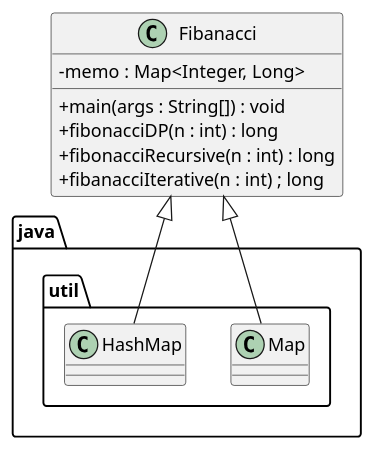
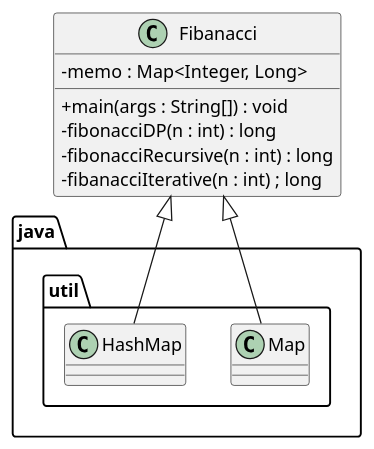
Before and after one commit to PikaLuba/HW5: the diagram in src/main/java/UML/FibanacciClass.puml, drawn with PlantUML. The commit also changed 1 other file, not shown here.

Commit message:
change diagram

```diff
--- a/src/main/java/UML/FibanacciClass.puml
+++ b/src/main/java/UML/FibanacciClass.puml
@@ -1,15 +1,15 @@
 @startuml
 'https://plantuml.com/class-diagram
 
 skinparam classAttributeIconSize 0
 class Fibanacci {
- - memo : Map<Integer, Long>
+ -memo : Map<Integer, Long>
  +main(args : String[]) : void
- +fibonacciDP(n : int) : long
- +fibonacciRecursive(n : int) : long
- +fibanacciIterative(n : int) ; long
+ -fibonacciDP(n : int) : long
+ -fibonacciRecursive(n : int) : long
+ -fibanacciIterative(n : int) ; long
 }
 Fibanacci <|-- java.util.Map
 Fibanacci <|-- java.util.HashMap
 
 @enduml
```
